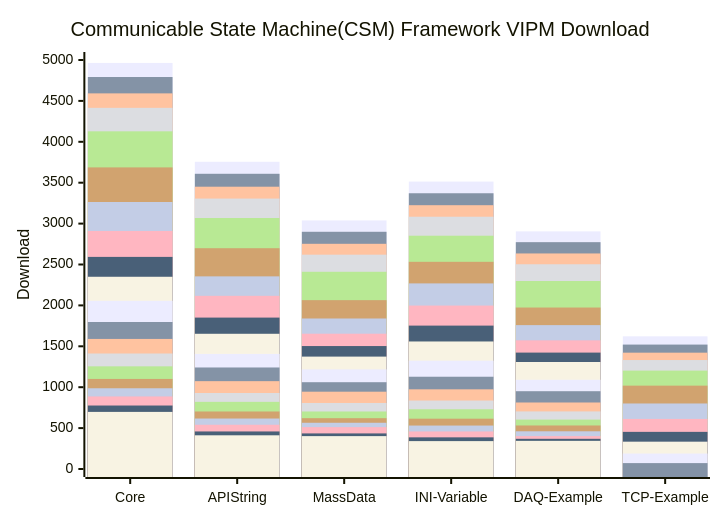
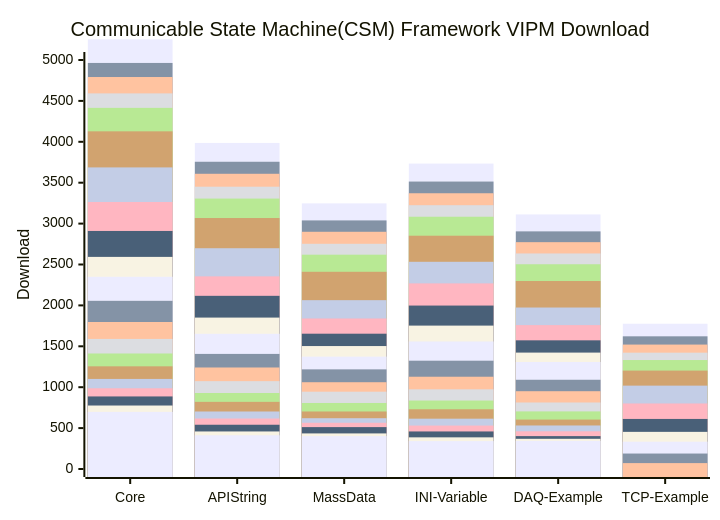
Before and after one commit to NEVSTOP-LAB/.github: the diagram in profile/README.md, drawn with Mermaid.

````diff
--- a/profile/README.md
+++ b/profile/README.md
@@ -31,26 +31,27 @@
 ```mermaid
     xychart-beta
     title "Communicable State Machine(CSM) Framework VIPM Download"
     x-axis [Core, API String, MassData, INI-Variable, DAQ-Example, TCP-Example]
     y-axis "Download" 0 --> 5000
+    bar   [5253, 3986, 3247, 3734, 3112, 1776, 2026.02]
     bar   [4964, 3756, 3039, 3514, 2905, 1622, 2026.01]
     bar   [4792, 3609, 2900, 3371, 2773, 1521, 2025.12]
     bar   [4592, 3451, 2753, 3225, 2635, 1422, 2025.11]
     bar   [4415, 3306, 2620, 3084, 2503, 1332, 2025.10]
     bar   [4128, 3068, 2411, 2852, 2298, 1203]
     bar   [3687, 2699, 2064, 2533, 1974, 1019]
     bar   [3264, 2355, 1840, 2269, 1759, 801]
     bar   [2910, 2117, 1654, 1998, 1573, 612]
     bar   [2593, 1851, 1503, 1753, 1423, 454]
     bar   [2350, 1653, 1374, 1559, 1308, 334]
     bar   [2056, 1407, 1218, 1324, 1091, 189]
     bar   [1797, 1241, 1061, 1128, 951, 72]
     bar   [1590, 1074, 945, 974, 813]
     bar   [1412, 929, 807, 837, 704]
     bar   [1255, 821, 703, 730, 604]
     bar   [1101, 703, 621, 615, 532]
     bar   [987, 617, 565, 531, 461]
     bar   [887, 541, 512, 459, 402]
     bar   [776, 459, 435, 387, 369]
     bar   [698, 412, 402, 341, 344]
 ```
````
